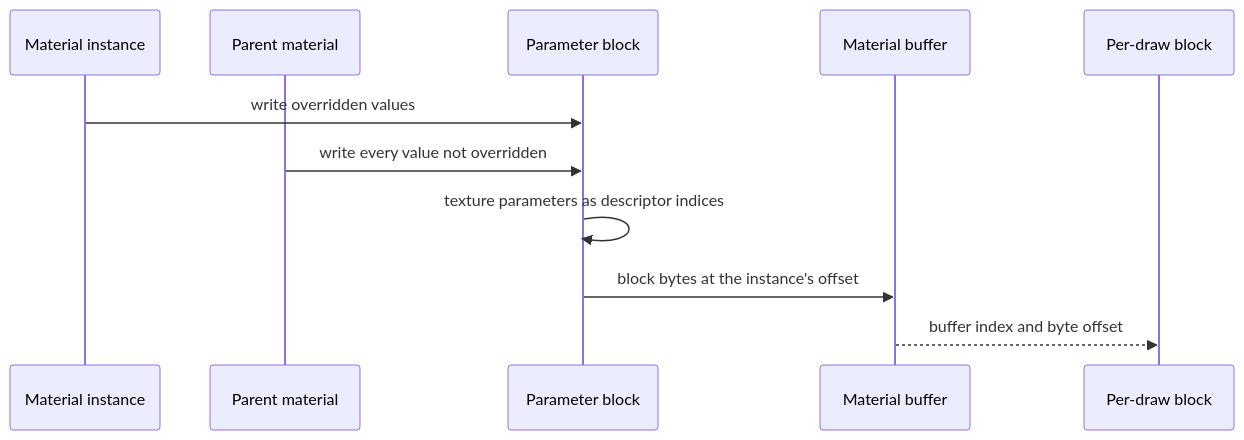
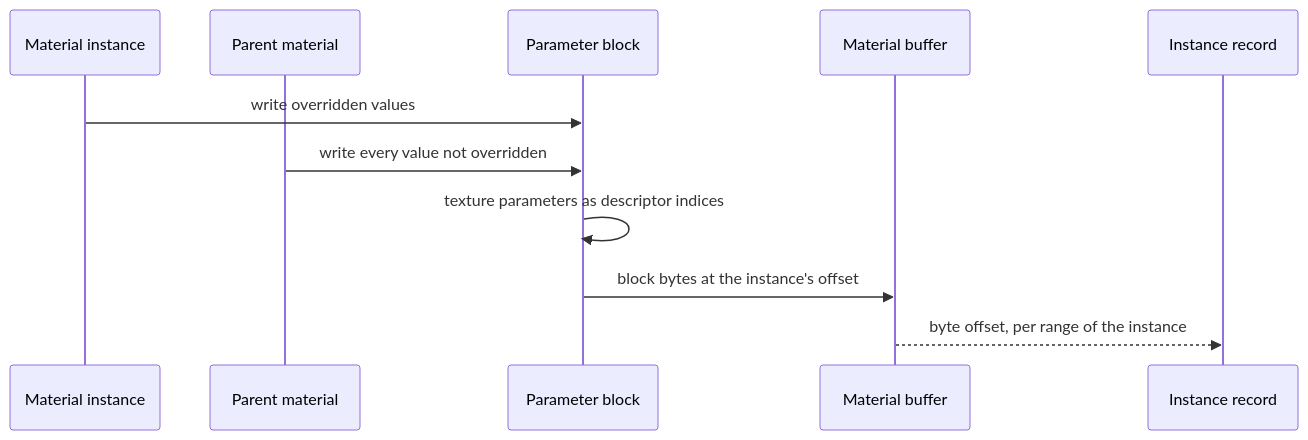
Before and after one commit to plainsight-systems/bullet-witch: the third of 3 diagrams in docs/architecture/materials.md, drawn with Mermaid. The commit also changed other lines of this file and 12 other files, not shown here.

````diff
--- a/docs/architecture/materials.md
+++ b/docs/architecture/materials.md
@@ -146,13 +151,13 @@
 ```mermaid
 sequenceDiagram
     participant Inst as Material instance
     participant Base as Parent material
     participant Blk as Parameter block
     participant Buf as Material buffer
-    participant Draw as Per-draw block
+    participant Rec as Instance record
     Inst->>Blk: write overridden values
     Base->>Blk: write every value not overridden
     Blk->>Blk: texture parameters as descriptor indices
     Blk->>Buf: block bytes at the instance's offset
-    Buf-->>Draw: buffer index and byte offset
+    Buf-->>Rec: byte offset, per range of the instance
 ```
````
